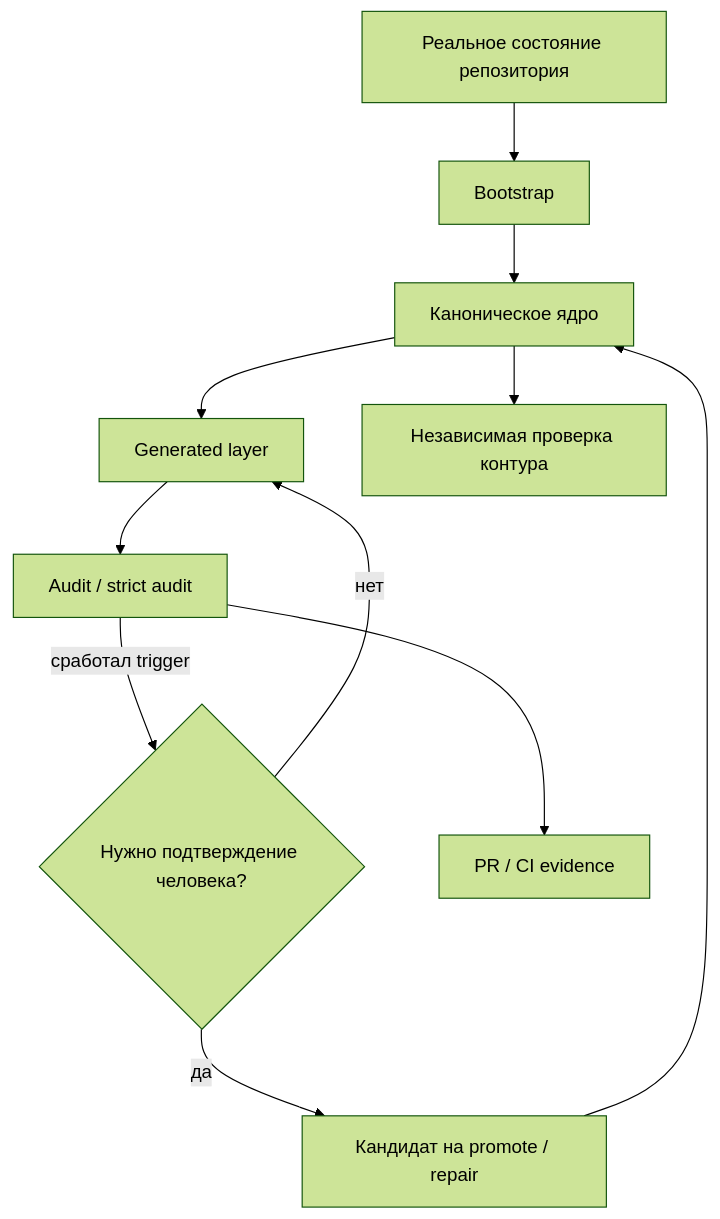
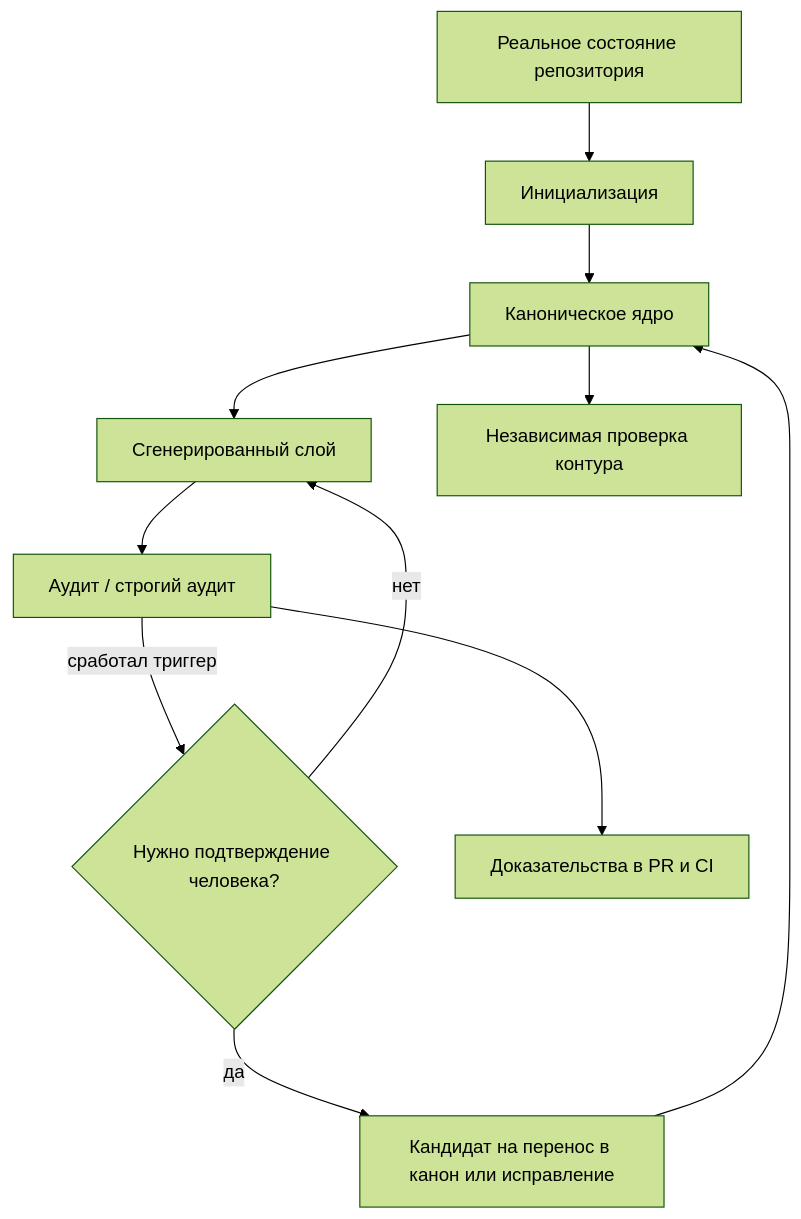
One commit to ehlyzov/skills changed the second of 2 diagrams in README.ru.md. Above: the diagram before and after it, drawn with Mermaid (forest theme). The commit also changed other lines of this file, not shown here.

````diff
--- a/README.ru.md
+++ b/README.ru.md
@@ -59,13 +65,13 @@
 ```mermaid
 flowchart TD
-    R["Реальное состояние репозитория"] --> B["Bootstrap"]
+    R["Реальное состояние репозитория"] --> B["Инициализация"]
     B --> C["Каноническое ядро"]
-    C --> G["Generated layer"]
-    G --> A["Audit / strict audit"]
-    A -->|сработал trigger| H{"Нужно подтверждение человека?"}
-    H -->|да| P["Кандидат на promote / repair"]
+    C --> G["Сгенерированный слой"]
+    G --> A["Аудит / строгий аудит"]
+    A -->|сработал триггер| H{"Нужно подтверждение человека?"}
+    H -->|да| P["Кандидат на перенос в канон или исправление"]
     H -->|нет| G
     P --> C
     C --> V["Независимая проверка контура"]
-    A --> PR["PR / CI evidence"]
+    A --> PR["Доказательства в PR и CI"]
 ```
````
